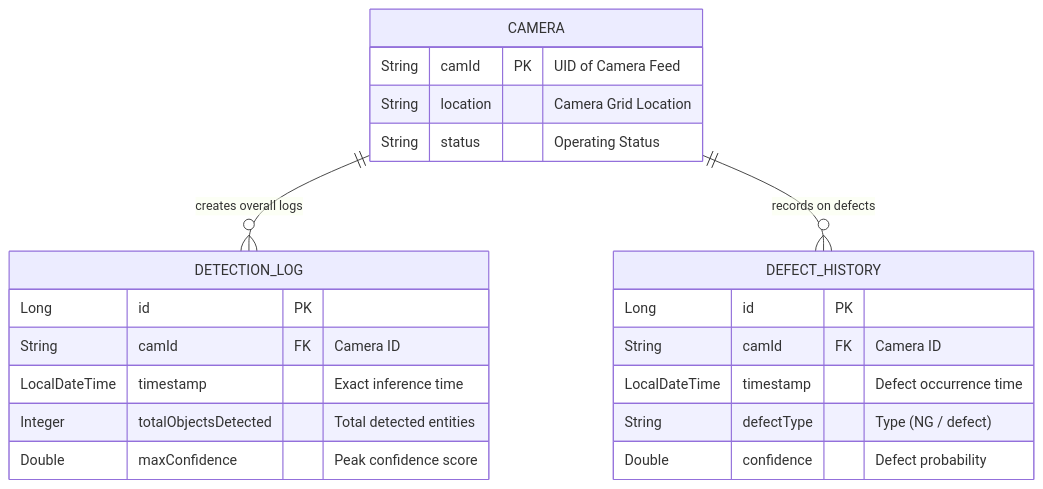
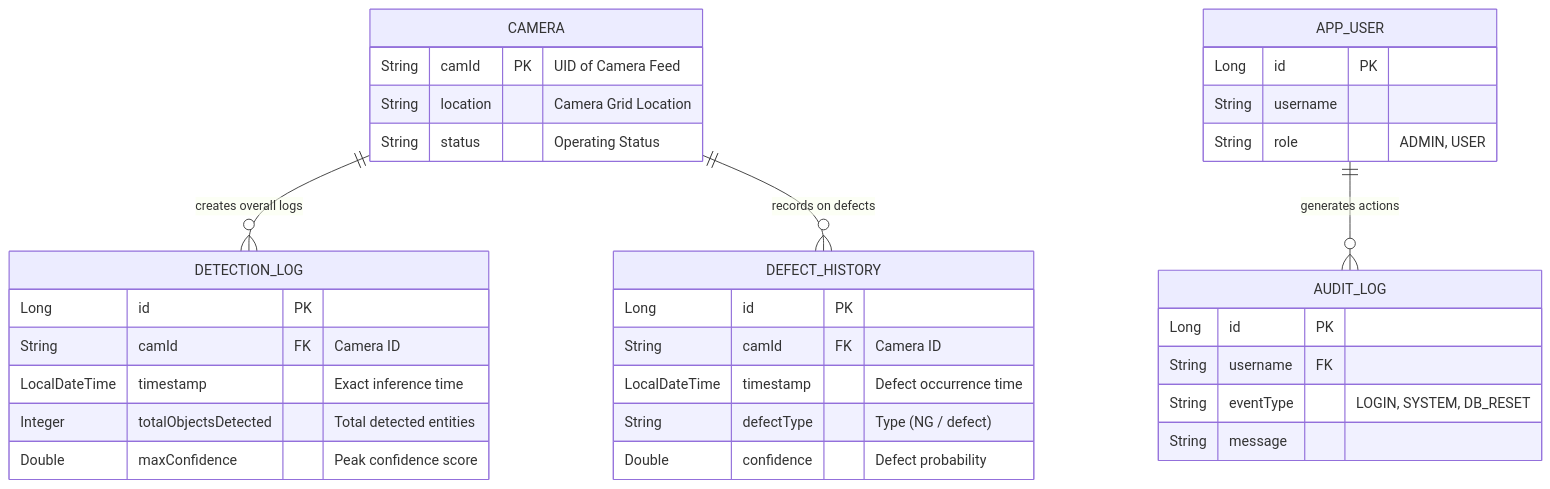
One commit to farmer0010/SmartFactory-Vision changed the third of 3 diagrams in README.md. Above: the diagram before and after it, drawn with Mermaid. The commit also changed other lines of this file and 48 other files, not shown here.

Commit message:
Refactor: remove all comments, secure secrets, update README and diagrams for Phase 7

````diff
--- a/README.md
+++ b/README.md
@@ -153,29 +160,43 @@
 ```mermaid
 erDiagram
     %% Relationship Models
     CAMERA ||--o{ DETECTION_LOG : "creates overall logs"
     CAMERA ||--o{ DEFECT_HISTORY : "records on defects"
+    APP_USER ||--o{ AUDIT_LOG : "generates actions"
 
     %% Entities
     CAMERA {
         String camId PK "UID of Camera Feed"
         String location "Camera Grid Location"
         String status "Operating Status"
     }
 
     DETECTION_LOG {
         Long id PK
         String camId FK "Camera ID"
         LocalDateTime timestamp "Exact inference time"
         Integer totalObjectsDetected "Total detected entities"
         Double maxConfidence "Peak confidence score"
     }
 
     DEFECT_HISTORY {
         Long id PK
         String camId FK "Camera ID"
         LocalDateTime timestamp "Defect occurrence time"
         String defectType "Type (NG / defect)"
         Double confidence "Defect probability"
     }
+    
+    APP_USER {
+        Long id PK
+        String username
+        String role "ADMIN, USER"
+    }
+    
+    AUDIT_LOG {
+        Long id PK
+        String username FK
+        String eventType "LOGIN, SYSTEM, DB_RESET"
+        String message
+    }
 ```
````
